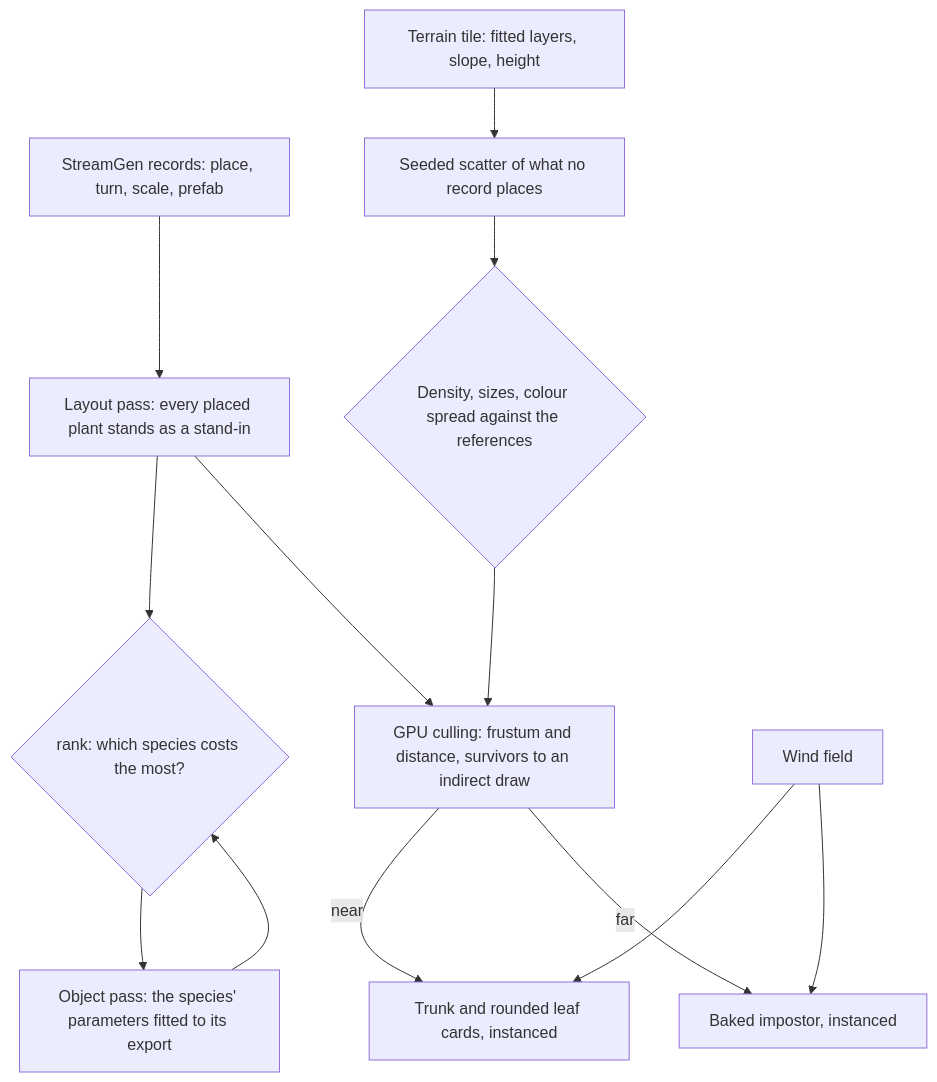
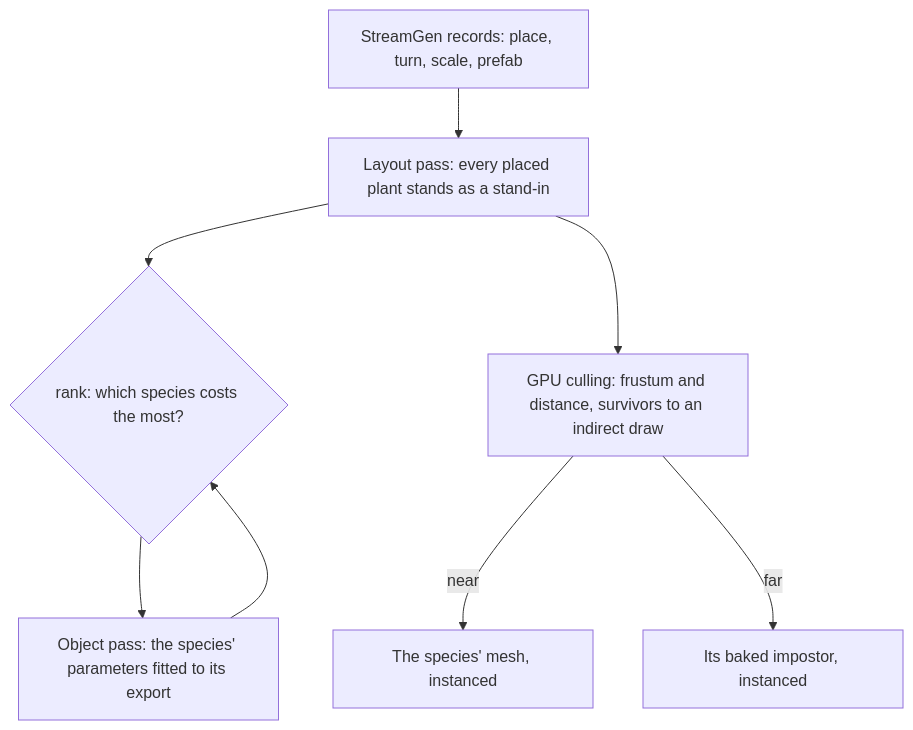
Before and after one commit to Esposter/Esposter: the diagram in apps/web/content/docs/proposals/genshin/trees-and-scatter.md, drawn with Mermaid. The commit also changed other lines of this file and 30 other files, not shown here.

Commit message:
feat(genshin): a tree is a species drawn as its mesh near the eye and a baked impostor far from it, crossing over by a dither, and each finest tile grows its flowers in the terrain's worker

````diff
--- a/apps/web/content/docs/proposals/genshin/trees-and-scatter.md
+++ b/apps/web/content/docs/proposals/genshin/trees-and-scatter.md
@@ -22,15 +21,10 @@
 ```mermaid
 flowchart TD
   REC["StreamGen records: place, turn, scale, prefab"] --> LAY["Layout pass: every placed plant stands as a stand-in"]
   LAY --> RANK{"rank: which species costs the most?"}
   RANK --> FIT["Object pass: the species' parameters fitted to its export"]
   FIT --> RANK
-  TILE["Terrain tile: fitted layers, slope, height"] --> SC["Seeded scatter of what no record places"]
-  SC --> STAT{"Density, sizes, colour spread against the references"}
   LAY --> CULL["GPU culling: frustum and distance, survivors to an indirect draw"]
-  STAT --> CULL
-  CULL -->|near| MESH["Trunk and rounded leaf cards, instanced"]
-  CULL -->|far| IMP["Baked impostor, instanced"]
-  WF[Wind field] --> MESH
-  WF --> IMP
+  CULL -->|near| MESH["The species' mesh, instanced"]
+  CULL -->|far| IMP["Its baked impostor, instanced"]
 ```
````
